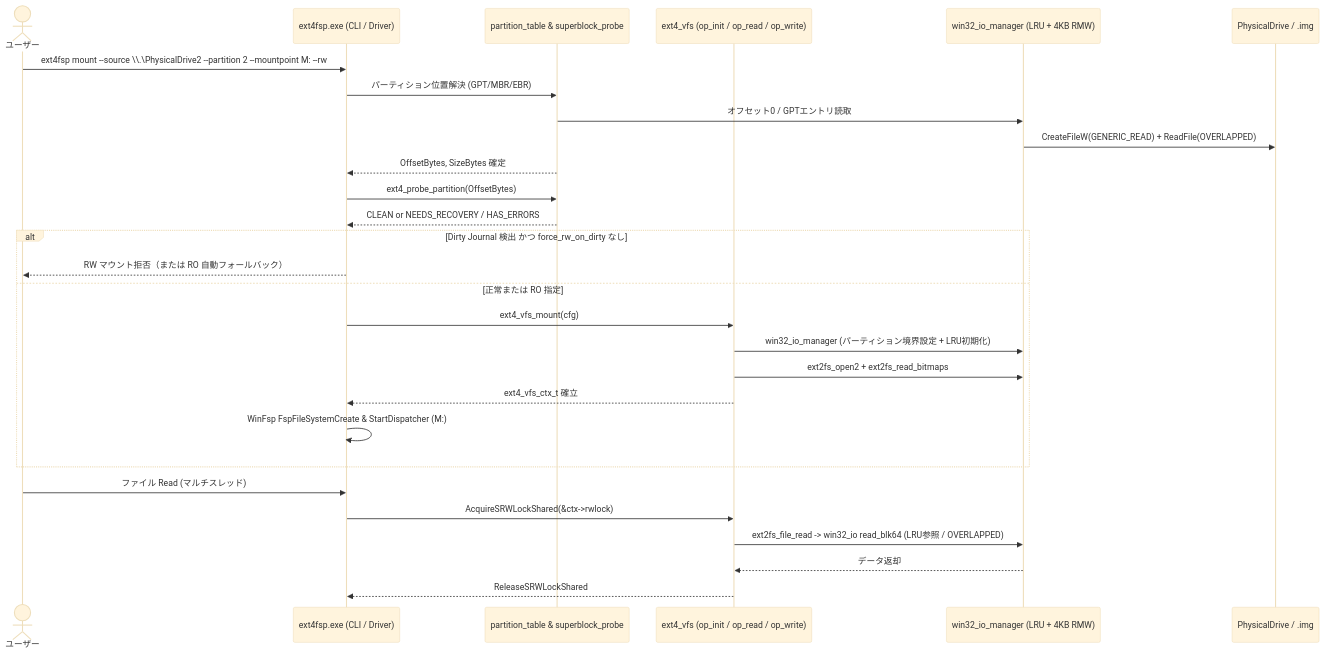
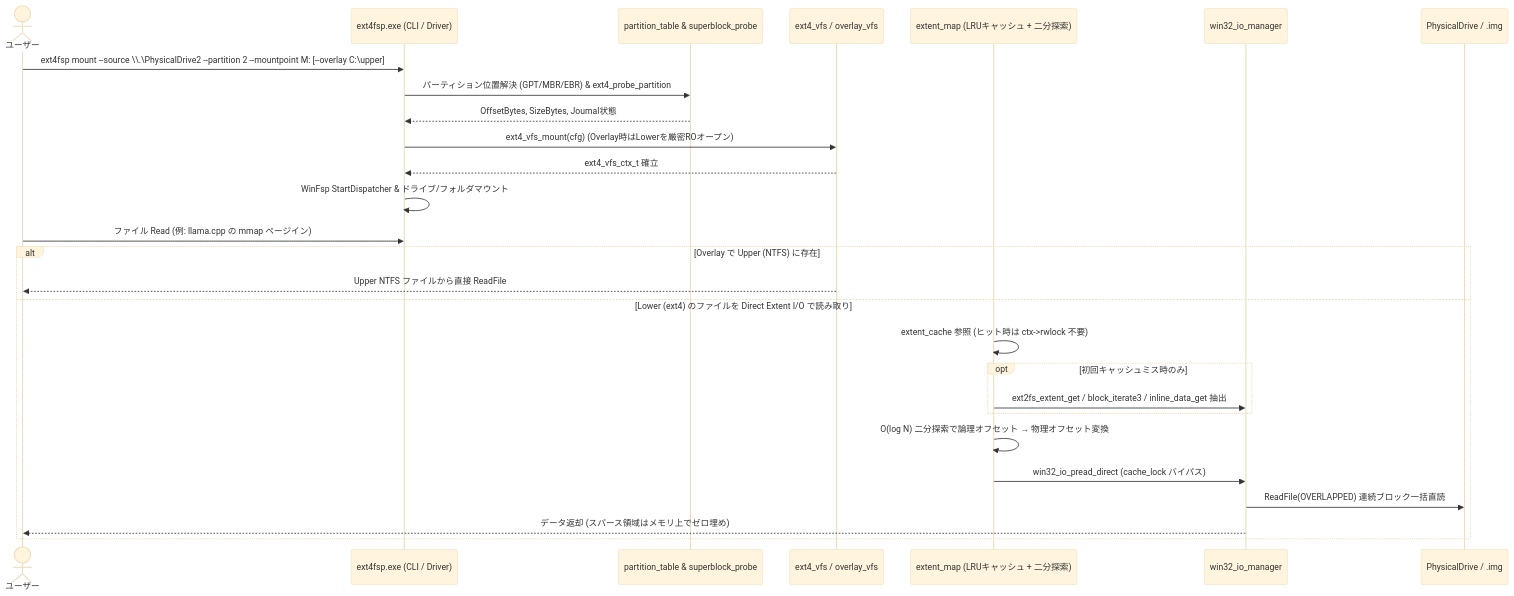
The second of 2 diagrams in docs/architecture.md (totatake/ZeroExt), drawn with Mermaid (base theme) before and after one commit. The commit also changed other lines of this file and 30 other files, not shown here.

Commit message:
feat(vfs): add lockless direct extent I/O engine and NTFS overlay mount

````diff
--- a/docs/architecture.md
+++ b/docs/architecture.md
@@ -51,34 +59,31 @@
 ```mermaid
 sequenceDiagram
     actor User as ユーザー
     participant CLI as ext4fsp.exe (CLI / Driver)
     participant Disk as partition_table & superblock_probe
-    participant VFS as ext4_vfs (op_init / op_read / op_write)
-    participant IO as win32_io_manager (LRU + 4KB RMW)
+    participant VFS as ext4_vfs / overlay_vfs
+    participant Ext as extent_map (LRUキャッシュ + 二分探索)
+    participant IO as win32_io_manager
     participant Dev as PhysicalDrive / .img
 
-    User->>CLI: ext4fsp mount --source \\.\PhysicalDrive2 --partition 2 --mountpoint M: --rw
-    CLI->>Disk: パーティション位置解決 (GPT/MBR/EBR)
-    Disk->>IO: オフセット0 / GPTエントリ読取
-    IO->>Dev: CreateFileW(GENERIC_READ) + ReadFile(OVERLAPPED)
-    Disk-->>CLI: OffsetBytes, SizeBytes 確定
+    User->>CLI: ext4fsp mount --source \\.\PhysicalDrive2 --partition 2 --mountpoint M: [--overlay C:\upper]
+    CLI->>Disk: パーティション位置解決 (GPT/MBR/EBR) & ext4_probe_partition
+    Disk-->>CLI: OffsetBytes, SizeBytes, Journal状態
+    CLI->>VFS: ext4_vfs_mount(cfg) (Overlay時はLowerを厳密ROオープン)
+    VFS-->>CLI: ext4_vfs_ctx_t 確立
+    CLI->>CLI: WinFsp StartDispatcher & ドライブ/フォルダマウント
 
-    CLI->>Disk: ext4_probe_partition(OffsetBytes)
-    Disk-->>CLI: CLEAN or NEEDS_RECOVERY / HAS_ERRORS
-
-    alt Dirty Journal 検出 かつ force_rw_on_dirty なし
-        CLI-->>User: RW マウント拒否（または RO 自動フォールバック）
-    else 正常または RO 指定
-        CLI->>VFS: ext4_vfs_mount(cfg)
-        VFS->>IO: win32_io_manager (パーティション境界設定 + LRU初期化)
-        VFS->>IO: ext2fs_open2 + ext2fs_read_bitmaps
-        VFS-->>CLI: ext4_vfs_ctx_t 確立
-        CLI->>CLI: WinFsp FspFileSystemCreate & StartDispatcher (M:)
+    User->>CLI: ファイル Read (例: llama.cpp の mmap ページイン)
+    alt Overlay で Upper (NTFS) に存在
+        VFS-->>User: Upper NTFS ファイルから直接 ReadFile
+    else Lower (ext4) のファイルを Direct Extent I/O で読み取り
+        Ext->>Ext: extent_cache 参照 (ヒット時は ctx->rwlock 不要)
+        opt 初回キャッシュミス時のみ
+            Ext->>IO: ext2fs_extent_get / block_iterate3 / inline_data_get 抽出
+        end
+        Ext->>Ext: O(log N) 二分探索で論理オフセット → 物理オフセット変換
+        Ext->>IO: win32_io_pread_direct (cache_lock バイパス)
+        IO->>Dev: ReadFile(OVERLAPPED) 連続ブロック一括直読
+        IO-->>User: データ返却 (スパース領域はメモリ上でゼロ埋め)
     end
-
-    User->>CLI: ファイル Read (マルチスレッド)
-    CLI->>VFS: AcquireSRWLockShared(&ctx->rwlock)
-    VFS->>IO: ext2fs_file_read -> win32_io read_blk64 (LRU参照 / OVERLAPPED)
-    IO-->>VFS: データ返却
-    VFS-->>CLI: ReleaseSRWLockShared
 ```
````
